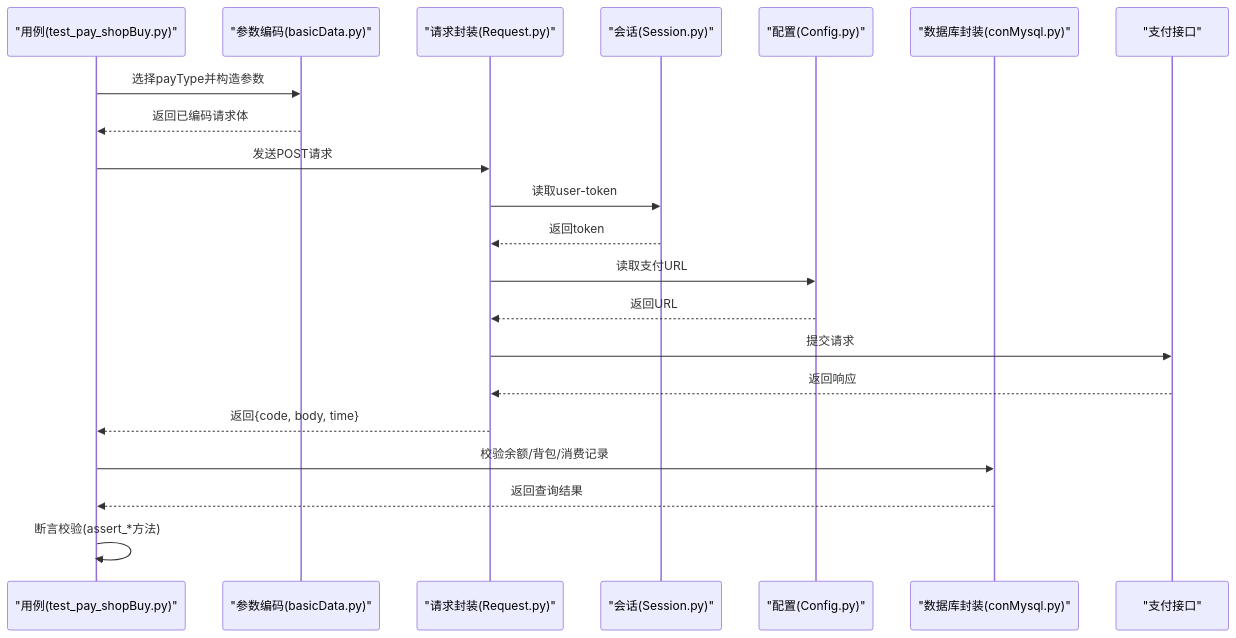
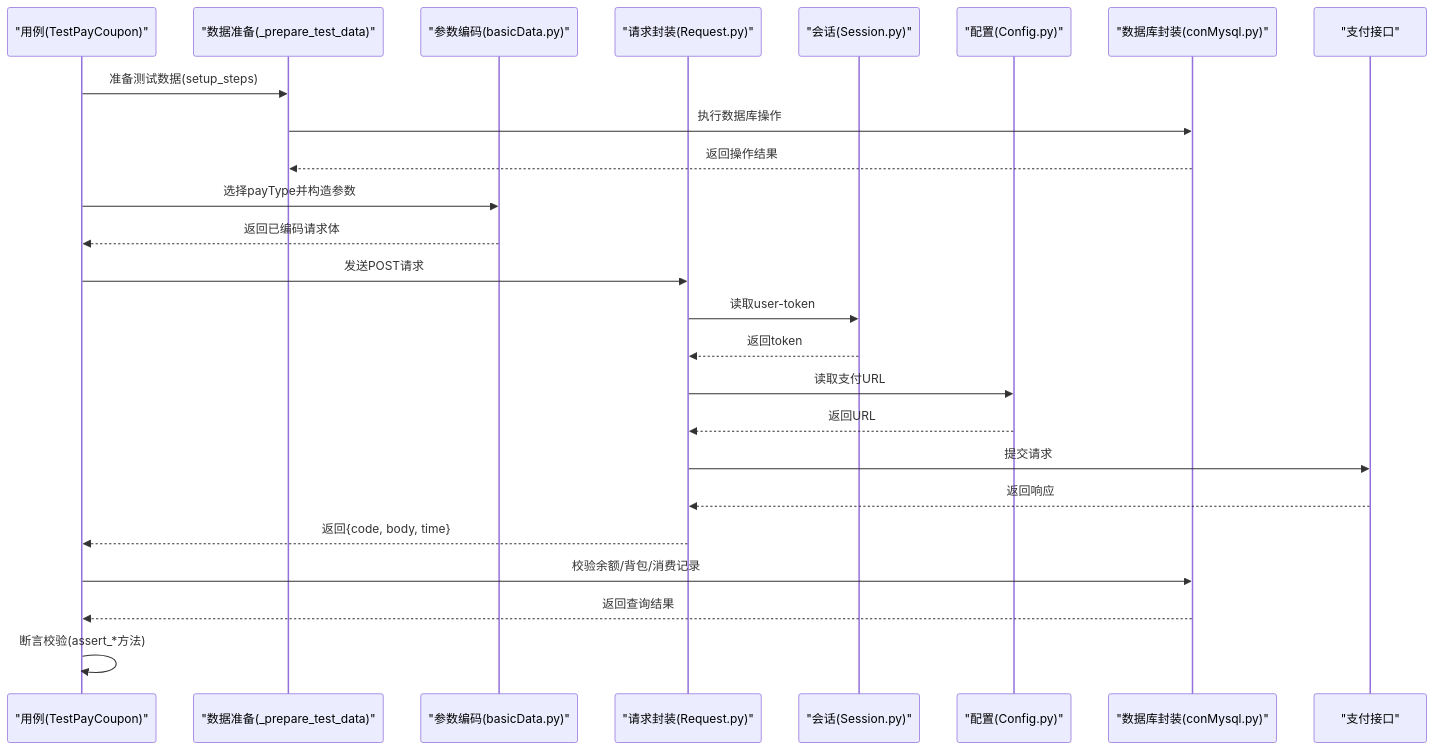
One commit to liximing1-ola/qa-payTest changed the second of 9 diagrams in .qoder/repowiki/zh/content/支付测试用例/商城购买测试.md. Above: the diagram before and after it, drawn with Mermaid. The commit also changed other lines of this file and 14 other files, not shown here.

````diff
--- a/.qoder/repowiki/zh/content/支付测试用例/商城购买测试.md
+++ b/.qoder/repowiki/zh/content/支付测试用例/商城购买测试.md
@@ -95,23 +113,27 @@
 ```mermaid
 sequenceDiagram
-participant Case as "用例(test_pay_shopBuy.py)"
+participant Case as "用例(TestPayCoupon)"
+participant Prep as "数据准备(_prepare_test_data)"
 participant Enc as "参数编码(basicData.py)"
 participant Req as "请求封装(Request.py)"
 participant Sess as "会话(Session.py)"
 participant Cfg as "配置(Config.py)"
 participant DB as "数据库封装(conMysql.py)"
 participant API as "支付接口"
+Case->>Prep : 准备测试数据(setup_steps)
+Prep->>DB : 执行数据库操作
+DB-->>Prep : 返回操作结果
 Case->>Enc : 选择payType并构造参数
 Enc-->>Case : 返回已编码请求体
 Case->>Req : 发送POST请求
 Req->>Sess : 读取user-token
 Sess-->>Req : 返回token
 Req->>Cfg : 读取支付URL
 Cfg-->>Req : 返回URL
 Req->>API : 提交请求
 API-->>Req : 返回响应
 Req-->>Case : 返回{code, body, time}
 Case->>DB : 校验余额/背包/消费记录
 DB-->>Case : 返回查询结果
 Case->>Case : 断言校验(assert_*方法)
 ```
````
